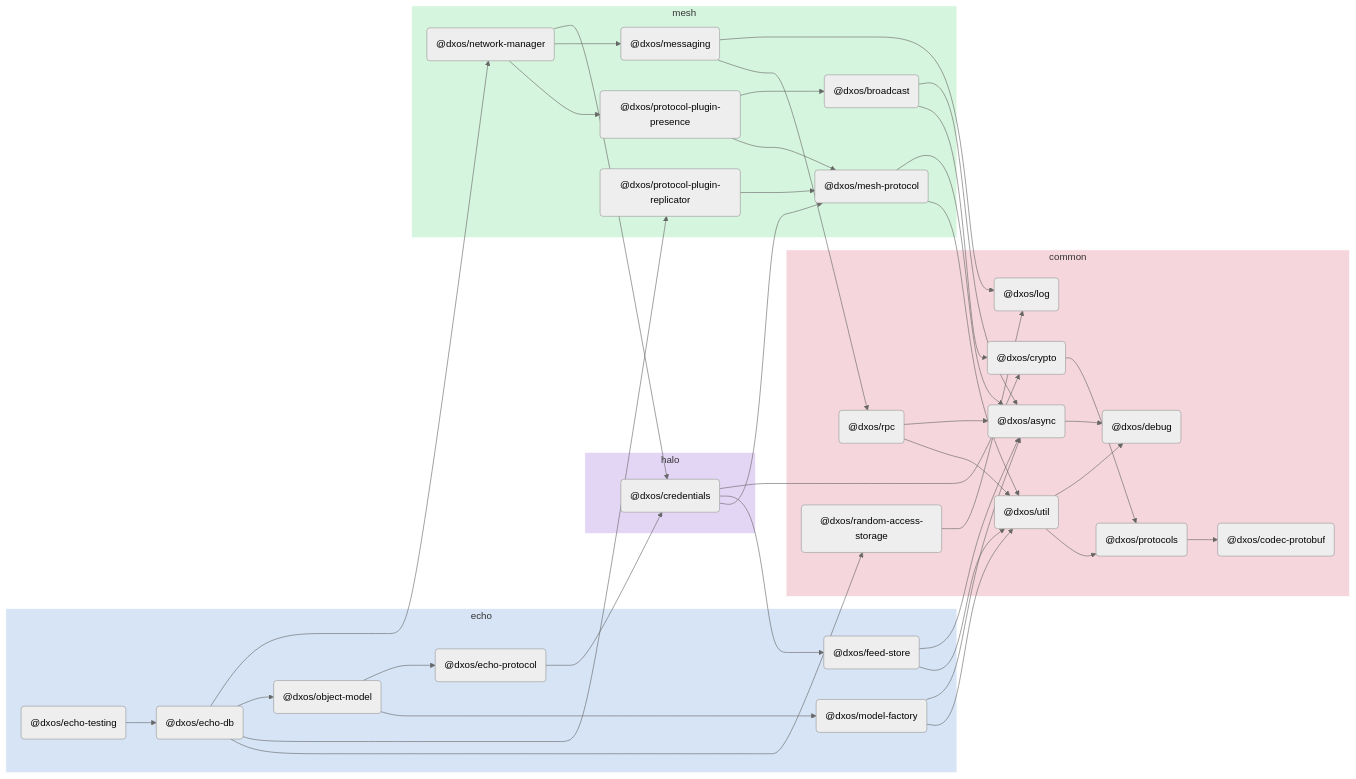
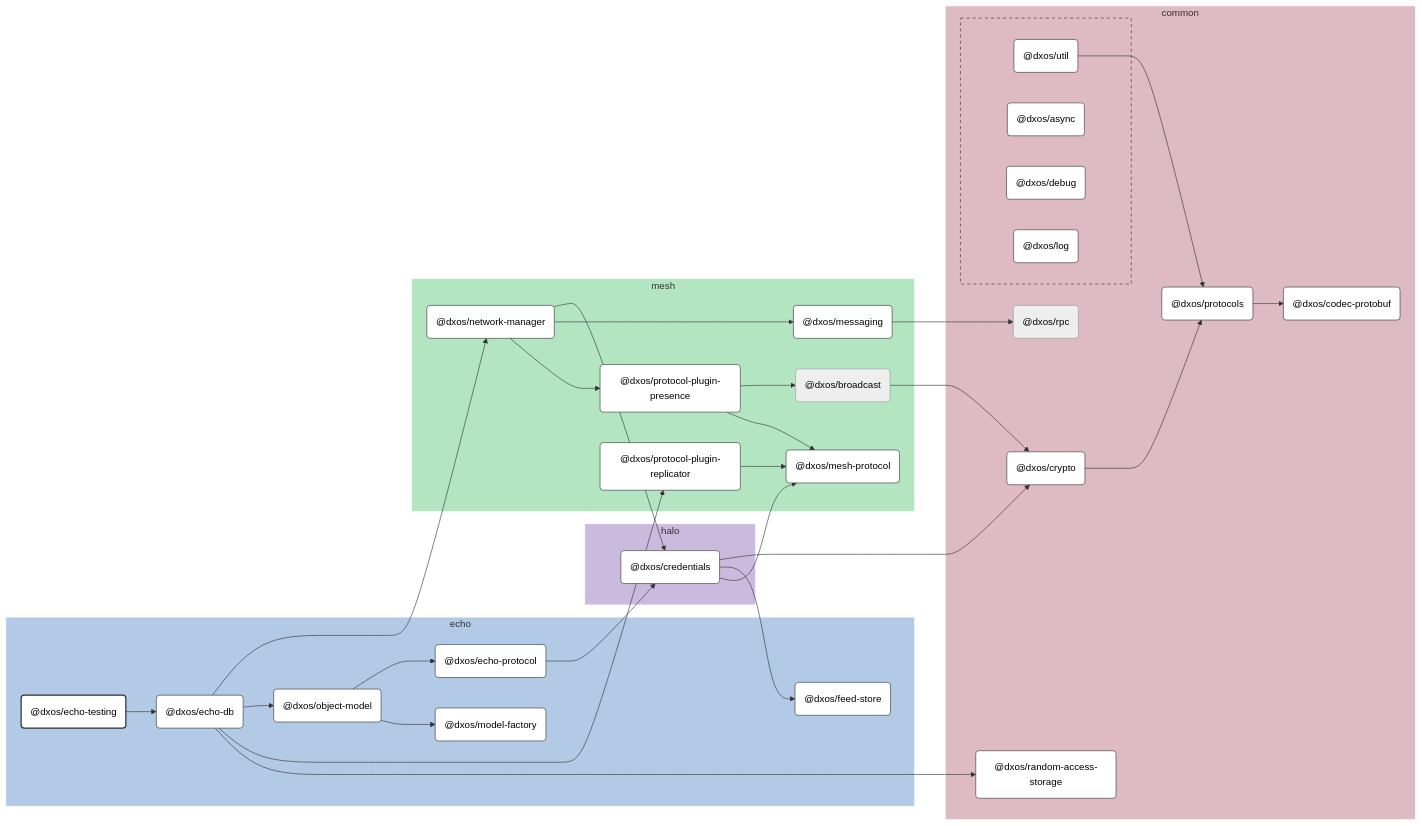
The diagram in packages/echo/echo-testing/docs/README.md (dxos/dxos), drawn with Mermaid (neutral theme) before and after one commit. The commit also changed other lines of this file and 109 other files, not shown here.

````diff
--- a/packages/echo/echo-testing/docs/README.md
+++ b/packages/echo/echo-testing/docs/README.md
@@ -5,77 +7,126 @@
 ```mermaid
-flowchart LR;
+%%{ init: {'flowchart':{'curve':'basis'}} }%%
 
+flowchart LR
+
+%% Links
+dxos/broadcast --> dxos/crypto;
+dxos/credentials --> dxos/crypto;
+dxos/credentials --> dxos/feed-store;
+dxos/credentials --> dxos/mesh-protocol;
+dxos/crypto --> dxos/protocols;
+dxos/echo-db --> dxos/network-manager;
+dxos/echo-db --> dxos/object-model;
+dxos/echo-db --> dxos/protocol-plugin-replicator;
+dxos/echo-db --> dxos/random-access-storage;
+dxos/echo-protocol --> dxos/credentials;
+dxos/echo-testing --> dxos/echo-db;
+dxos/messaging --> dxos/rpc;
+dxos/network-manager --> dxos/credentials;
+dxos/network-manager --> dxos/messaging;
+dxos/network-manager --> dxos/protocol-plugin-presence;
+dxos/object-model --> dxos/echo-protocol;
+dxos/object-model --> dxos/model-factory;
+dxos/protocol-plugin-presence --> dxos/broadcast;
+dxos/protocol-plugin-presence --> dxos/mesh-protocol;
+dxos/protocol-plugin-replicator --> dxos/mesh-protocol;
+dxos/protocols --> dxos/codec-protobuf;
+dxos/util --> dxos/protocols;
+
+%% Sections
 subgraph echo
-  style echo fill:#d6e4f5,stroke:#fff;
-  dxos/echo-testing("@dxos/echo-testing");
-  dxos/echo-db("@dxos/echo-db");
-  dxos/feed-store("@dxos/feed-store");
-  dxos/echo-protocol("@dxos/echo-protocol");
-  dxos/model-factory("@dxos/model-factory");
-  dxos/object-model("@dxos/object-model");
+  style echo fill:#b3cae6,stroke:#fff;
+
+  dxos/echo-db("@dxos/echo-db")
+  dxos/echo-protocol("@dxos/echo-protocol")
+  dxos/echo-testing("@dxos/echo-testing")
+  dxos/feed-store("@dxos/feed-store")
+  dxos/model-factory("@dxos/model-factory")
+  dxos/object-model("@dxos/object-model")
 end
 
 subgraph common
-  style common fill:#f5d6dd,stroke:#fff;
-  dxos/log("@dxos/log");
-  dxos/async("@dxos/async");
-  dxos/debug("@dxos/debug");
-  dxos/codec-protobuf("@dxos/codec-protobuf");
-  dxos/crypto("@dxos/crypto");
-  dxos/protocols("@dxos/protocols");
-  dxos/util("@dxos/util");
-  dxos/rpc("@dxos/rpc");
-  dxos/random-access-storage("@dxos/random-access-storage");
+  style common fill:#debac2,stroke:#fff;
+
+  dxos/codec-protobuf("@dxos/codec-protobuf")
+  dxos/crypto("@dxos/crypto")
+  dxos/protocols("@dxos/protocols")
+  dxos/random-access-storage("@dxos/random-access-storage")
+  dxos/rpc("@dxos/rpc")
+
+  subgraph common-excluded [ ]
+    style common-excluded fill:#debac2,stroke:#333,stroke-dasharray:5 5;
+
+    dxos/async("@dxos/async")
+    dxos/debug("@dxos/debug")
+    dxos/log("@dxos/log")
+    dxos/util("@dxos/util")
+  end
 end
 
 subgraph halo
-  style halo fill:#e3d6f5,stroke:#fff;
-  dxos/credentials("@dxos/credentials");
+  style halo fill:#cabade,stroke:#fff;
+
+  dxos/credentials("@dxos/credentials")
 end
 
 subgraph mesh
-  style mesh fill:#d6f5de,stroke:#fff;
-  dxos/mesh-protocol("@dxos/mesh-protocol");
-  dxos/messaging("@dxos/messaging");
-  dxos/network-manager("@dxos/network-manager");
-  dxos/protocol-plugin-presence("@dxos/protocol-plugin-presence");
-  dxos/broadcast("@dxos/broadcast");
-  dxos/protocol-plugin-replicator("@dxos/protocol-plugin-replicator");
+  style mesh fill:#b3e6c0,stroke:#fff;
+
+  dxos/broadcast("@dxos/broadcast")
+  dxos/mesh-protocol("@dxos/mesh-protocol")
+  dxos/messaging("@dxos/messaging")
+  dxos/network-manager("@dxos/network-manager")
+  dxos/protocol-plugin-presence("@dxos/protocol-plugin-presence")
+  dxos/protocol-plugin-replicator("@dxos/protocol-plugin-replicator")
 end
 
-dxos/echo-testing --> dxos/echo-db;
-dxos/async --> dxos/debug;
-dxos/credentials --> dxos/crypto;
-dxos/crypto --> dxos/protocols;
-dxos/protocols --> dxos/codec-protobuf;
-dxos/credentials --> dxos/feed-store;
-dxos/feed-store --> dxos/async;
-dxos/feed-store --> dxos/util;
-dxos/util --> dxos/debug;
-dxos/util --> dxos/protocols;
-dxos/credentials --> dxos/mesh-protocol;
-dxos/mesh-protocol --> dxos/async;
-dxos/mesh-protocol --> dxos/util;
-dxos/echo-protocol --> dxos/credentials;
-dxos/messaging --> dxos/log;
-dxos/messaging --> dxos/rpc;
-dxos/rpc --> dxos/async;
-dxos/rpc --> dxos/util;
-dxos/model-factory --> dxos/async;
-dxos/model-factory --> dxos/util;
-dxos/echo-db --> dxos/network-manager;
-dxos/network-manager --> dxos/credentials;
-dxos/network-manager --> dxos/messaging;
-dxos/network-manager --> dxos/protocol-plugin-presence;
-dxos/protocol-plugin-presence --> dxos/broadcast;
-dxos/broadcast --> dxos/async;
-dxos/broadcast --> dxos/crypto;
-dxos/protocol-plugin-presence --> dxos/mesh-protocol;
-dxos/echo-db --> dxos/object-model;
-dxos/object-model --> dxos/echo-protocol;
-dxos/object-model --> dxos/model-factory;
-dxos/echo-db --> dxos/protocol-plugin-replicator;
-dxos/protocol-plugin-replicator --> dxos/mesh-protocol;
-dxos/echo-db --> dxos/random-access-storage;
-dxos/random-access-storage --> dxos/log;
+
+%% Hyperlinks
+click dxos/async href "https:/github.com/dxos/dxos/tree/main/packages/common/async/docs";
+click dxos/codec-protobuf href "https:/github.com/dxos/dxos/tree/main/packages/common/codec-protobuf/docs";
+click dxos/credentials href "https:/github.com/dxos/dxos/tree/main/packages/halo/credentials/docs";
+click dxos/crypto href "https:/github.com/dxos/dxos/tree/main/packages/common/crypto/docs";
+click dxos/debug href "https:/github.com/dxos/dxos/tree/main/packages/common/debug/docs";
+click dxos/echo-db href "https:/github.com/dxos/dxos/tree/main/packages/echo/echo-db/docs";
+click dxos/echo-protocol href "https:/github.com/dxos/dxos/tree/main/packages/echo/echo-protocol/docs";
+click dxos/feed-store href "https:/github.com/dxos/dxos/tree/main/packages/echo/feed-store/docs";
+click dxos/log href "https:/github.com/dxos/dxos/tree/main/packages/common/log/docs";
+click dxos/mesh-protocol href "https:/github.com/dxos/dxos/tree/main/packages/mesh/mesh-protocol/docs";
+click dxos/messaging href "https:/github.com/dxos/dxos/tree/main/packages/mesh/messaging/docs";
+click dxos/model-factory href "https:/github.com/dxos/dxos/tree/main/packages/echo/model-factory/docs";
+click dxos/network-manager href "https:/github.com/dxos/dxos/tree/main/packages/mesh/network-manager/docs";
+click dxos/object-model href "https:/github.com/dxos/dxos/tree/main/packages/echo/object-model/docs";
+click dxos/protocol-plugin-presence href "https:/github.com/dxos/dxos/tree/main/packages/mesh/protocol-plugin-presence/docs";
+click dxos/protocol-plugin-replicator href "https:/github.com/dxos/dxos/tree/main/packages/mesh/protocol-plugin-replicator/docs";
+click dxos/protocols href "https:/github.com/dxos/dxos/tree/main/packages/common/protocols/docs";
+click dxos/random-access-storage href "https:/github.com/dxos/dxos/tree/main/packages/common/random-access-storage/docs";
+click dxos/util href "https:/github.com/dxos/dxos/tree/main/packages/common/util/docs";
+
+%% Styles
+classDef rootNode fill:#fff,stroke:#333,stroke-width:2px
+classDef defaultNode fill:#fff,stroke:#333,stroke-width:1px
+linkStyle default stroke:#333,stroke-width:1px
+
+dxos/echo-testing:::rootNode
+
+dxos/async:::defaultNode
+dxos/codec-protobuf:::defaultNode
+dxos/credentials:::defaultNode
+dxos/crypto:::defaultNode
+dxos/debug:::defaultNode
+dxos/echo-db:::defaultNode
+dxos/echo-protocol:::defaultNode
+dxos/feed-store:::defaultNode
+dxos/log:::defaultNode
+dxos/mesh-protocol:::defaultNode
+dxos/messaging:::defaultNode
+dxos/model-factory:::defaultNode
+dxos/network-manager:::defaultNode
+dxos/object-model:::defaultNode
+dxos/protocol-plugin-presence:::defaultNode
+dxos/protocol-plugin-replicator:::defaultNode
+dxos/protocols:::defaultNode
+dxos/random-access-storage:::defaultNode
+dxos/util:::defaultNode
 ```
````
